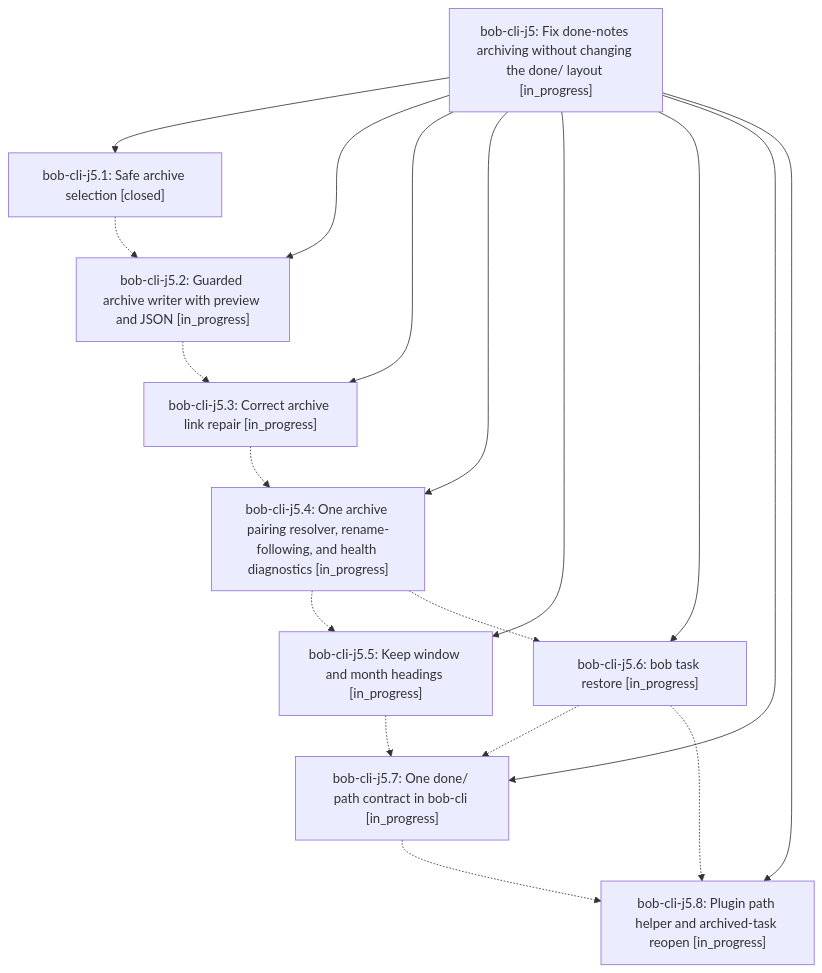
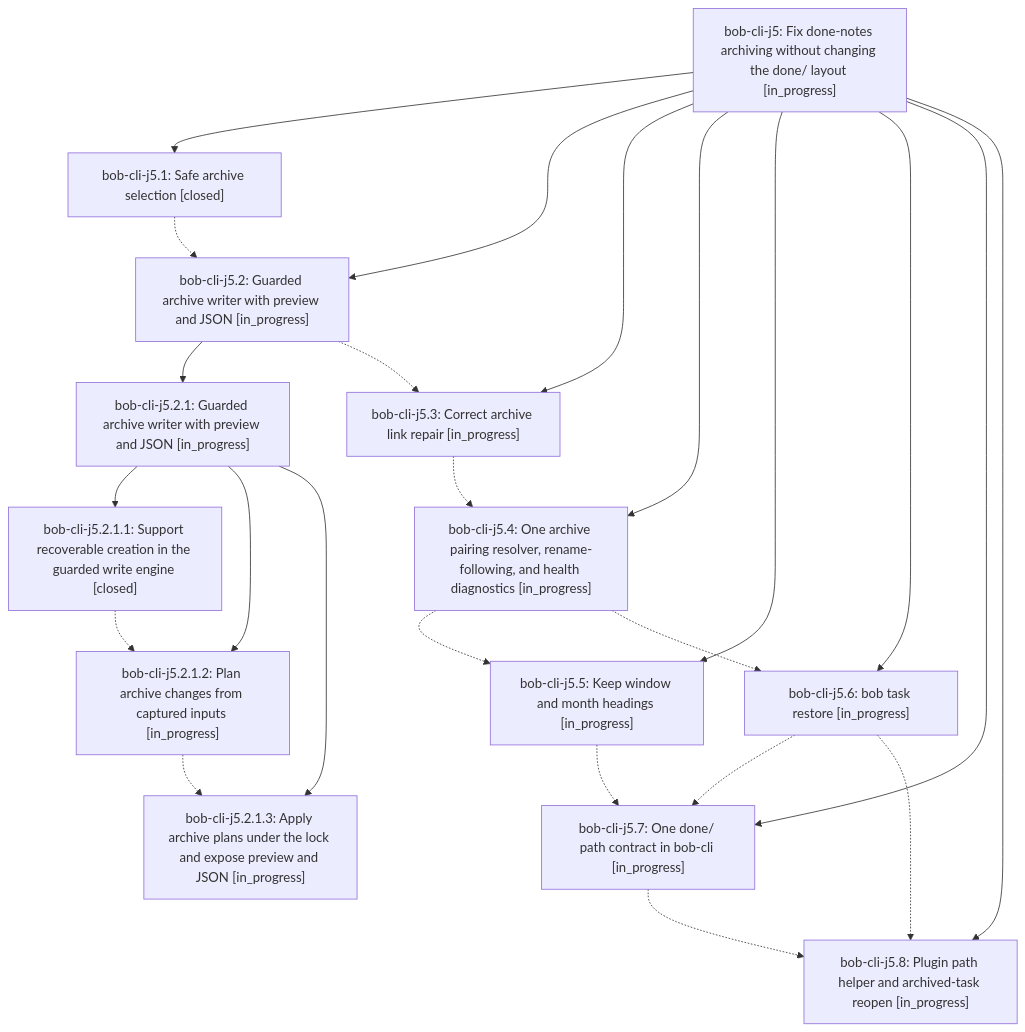
Before and after one commit to bobs-org/bob-cli--beads: the diagram in pages/bob-cli-j5/README.md, drawn with Mermaid. The commit also changed other lines of this file and 6 other files, not shown here.

First line of the commit message:
chore(beads): sync bead state and pages for bob-cli-j5

````diff
--- a/pages/bob-cli-j5/README.md
+++ b/pages/bob-cli-j5/README.md
@@ -41,29 +41,39 @@
 ```mermaid
 flowchart TD
     n0["bob-cli-j5: Fix done-notes archiving without changing the done/ layout [in_progress]"]
     n1["bob-cli-j5.1: Safe archive selection [closed]"]
     n2["bob-cli-j5.2: Guarded archive writer with preview and JSON [in_progress]"]
-    n3["bob-cli-j5.3: Correct archive link repair [in_progress]"]
-    n4["bob-cli-j5.4: One archive pairing resolver, rename-following, and health diagnostics [in_progress]"]
-    n5["bob-cli-j5.5: Keep window and month headings [in_progress]"]
-    n6["bob-cli-j5.6: bob task restore [in_progress]"]
-    n7["bob-cli-j5.7: One done/ path contract in bob-cli [in_progress]"]
-    n8["bob-cli-j5.8: Plugin path helper and archived-task reopen [in_progress]"]
+    n3["bob-cli-j5.2.1: Guarded archive writer with preview and JSON [in_progress]"]
+    n4["bob-cli-j5.2.1.1: Support recoverable creation in the guarded write engine [closed]"]
+    n5["bob-cli-j5.2.1.2: Plan archive changes from captured inputs [in_progress]"]
+    n6["bob-cli-j5.2.1.3: Apply archive plans under the lock and expose preview and JSON [in_progress]"]
+    n7["bob-cli-j5.3: Correct archive link repair [in_progress]"]
+    n8["bob-cli-j5.4: One archive pairing resolver, rename-following, and health diagnostics [in_progress]"]
+    n9["bob-cli-j5.5: Keep window and month headings [in_progress]"]
+    n10["bob-cli-j5.6: bob task restore [in_progress]"]
+    n11["bob-cli-j5.7: One done/ path contract in bob-cli [in_progress]"]
+    n12["bob-cli-j5.8: Plugin path helper and archived-task reopen [in_progress]"]
     n0 --> n1
     n0 --> n2
-    n0 --> n3
-    n0 --> n4
-    n0 --> n5
-    n0 --> n6
+    n2 --> n3
+    n3 --> n4
+    n3 --> n5
+    n3 --> n6
     n0 --> n7
     n0 --> n8
+    n0 --> n9
+    n0 --> n10
+    n0 --> n11
+    n0 --> n12
     n1 -.-> n2
-    n2 -.-> n3
-    n3 -.-> n4
+    n2 -.-> n7
     n4 -.-> n5
-    n4 -.-> n6
-    n5 -.-> n7
-    n6 -.-> n7
-    n6 -.-> n8
+    n5 -.-> n6
     n7 -.-> n8
+    n8 -.-> n9
+    n8 -.-> n10
+    n9 -.-> n11
+    n10 -.-> n11
+    n10 -.-> n12
+    n11 -.-> n12
 ```
````
